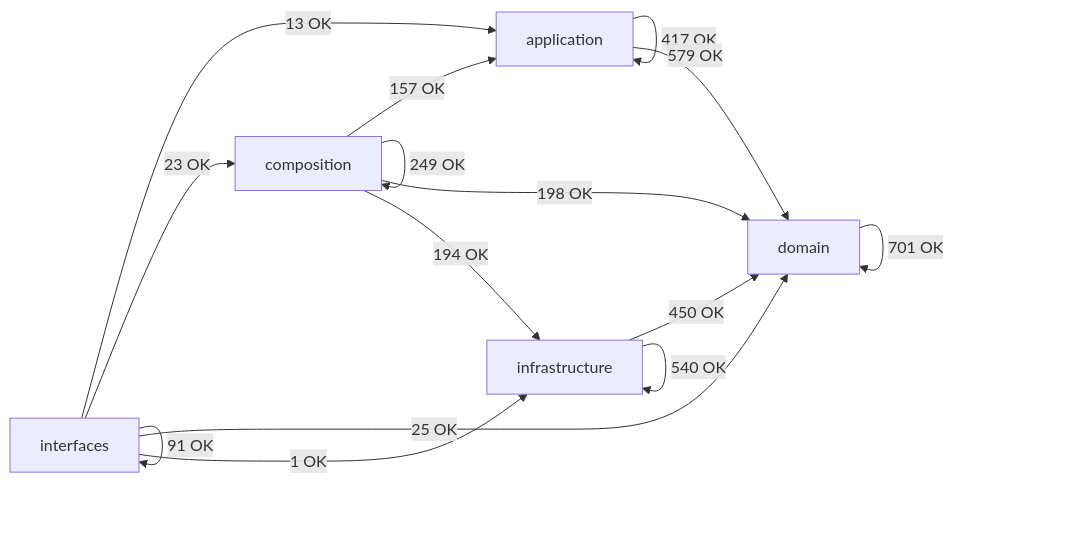
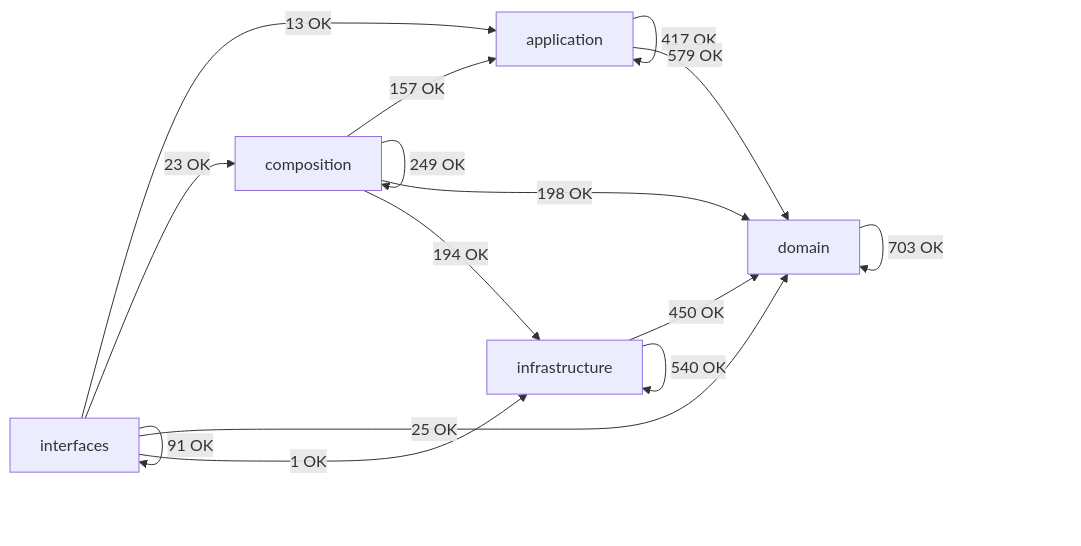
Before and after one commit to SatoryKono/BioactivityDataAcquisition: the diagram in docs/02-architecture/generated/module-dependency-map.md, drawn with Mermaid. The commit also changed other lines of this file and 79 other files, not shown here.

First line of the commit message:
refactor(metrics): reduce size and complexity of architecture metric exemptions configuration

````diff
--- a/docs/02-architecture/generated/module-dependency-map.md
+++ b/docs/02-architecture/generated/module-dependency-map.md
@@ -16,22 +16,22 @@
 ```mermaid
 flowchart LR
     domain[domain]
     application[application]
     infrastructure[infrastructure]
     composition[composition]
     interfaces[interfaces]
     application -->|417 OK| application
     application -->|579 OK| domain
     composition -->|157 OK| application
     composition -->|249 OK| composition
     composition -->|198 OK| domain
     composition -->|194 OK| infrastructure
-    domain -->|701 OK| domain
+    domain -->|703 OK| domain
     infrastructure -->|450 OK| domain
     infrastructure -->|540 OK| infrastructure
     interfaces -->|13 OK| application
     interfaces -->|23 OK| composition
     interfaces -->|25 OK| domain
     interfaces -->|1 OK| infrastructure
     interfaces -->|91 OK| interfaces
 ```
````
